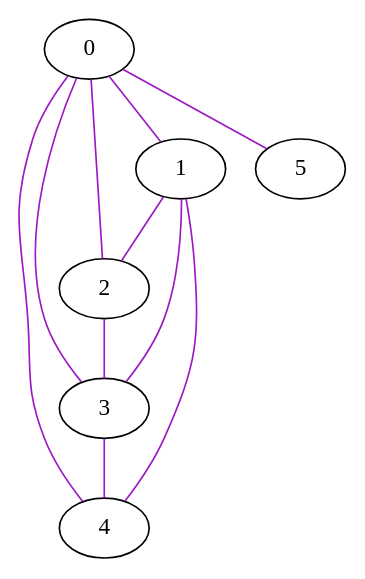
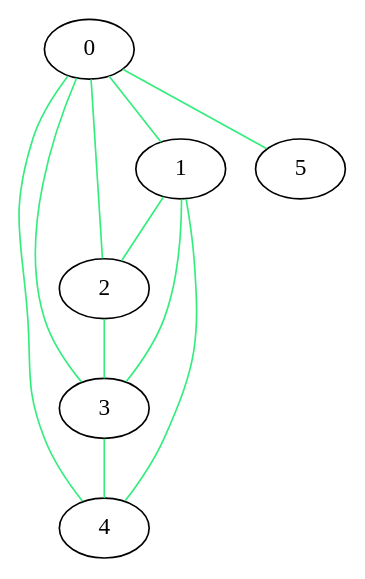
One commit to homoglobina/ChinesePostmen changed the diagram in graph.dot. Above: the diagram before and after it, drawn with Graphviz. The commit also changed 7 other files, not shown here.

```diff
--- a/graph.dot
+++ b/graph.dot
@@ -1,12 +1,12 @@
 graph G {
-  0 -- 1 [color="#9d18c3"];
-  0 -- 2 [color="#9d18c3"];
-  0 -- 3 [color="#9d18c3"];
-  0 -- 4 [color="#9d18c3"];
-  0 -- 5 [color="#9d18c3"];
-  1 -- 2 [color="#9d18c3"];
-  1 -- 3 [color="#9d18c3"];
-  1 -- 4 [color="#9d18c3"];
-  2 -- 3 [color="#9d18c3"];
-  3 -- 4 [color="#9d18c3"];
+  0 -- 1 [color="#33ed7d"];
+  0 -- 2 [color="#33ed7d"];
+  0 -- 3 [color="#33ed7d"];
+  0 -- 4 [color="#33ed7d"];
+  0 -- 5 [color="#33ed7d"];
+  1 -- 2 [color="#33ed7d"];
+  1 -- 3 [color="#33ed7d"];
+  1 -- 4 [color="#33ed7d"];
+  2 -- 3 [color="#33ed7d"];
+  3 -- 4 [color="#33ed7d"];
 }
```
